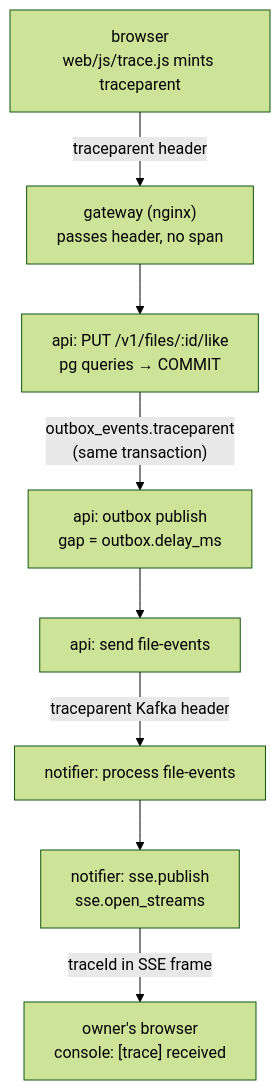
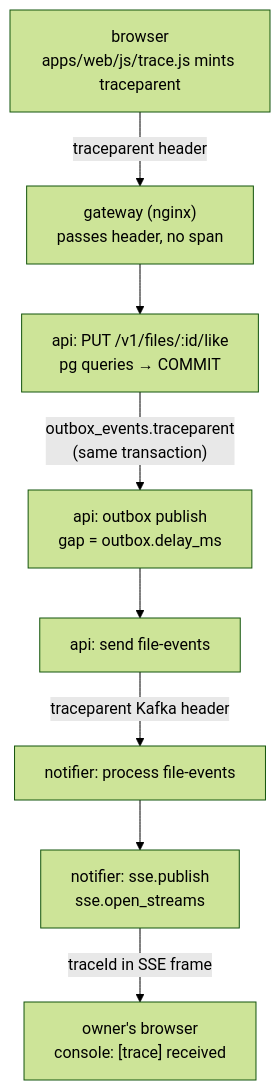
The fourth of 4 diagrams in docs/ARCHITECTURE.md (taraskhvyl/distributed-systems), drawn with Mermaid (forest theme) before and after one commit. The commit also changed other lines of this file and 111 other files, not shown here.

````diff
--- a/docs/ARCHITECTURE.md
+++ b/docs/ARCHITECTURE.md
@@ -201,10 +201,10 @@
 ```mermaid
 flowchart TD
-  B["browser<br/>web/js/trace.js mints traceparent"] -- "traceparent header" --> G["gateway (nginx)<br/>passes header, no span"]
+  B["browser<br/>apps/web/js/trace.js mints traceparent"] -- "traceparent header" --> G["gateway (nginx)<br/>passes header, no span"]
   G --> R["api: PUT /v1/files/:id/like<br/>pg queries → COMMIT"]
   R -- "outbox_events.traceparent<br/>(same transaction)" --> O["api: outbox publish<br/>gap = outbox.delay_ms"]
   O --> K["api: send file-events"]
   K -- "traceparent Kafka header" --> N["notifier: process file-events"]
   N --> S["notifier: sse.publish<br/>sse.open_streams"]
   S -- "traceId in SSE frame" --> BO["owner's browser<br/>console: [trace] received"]
 ```
````
